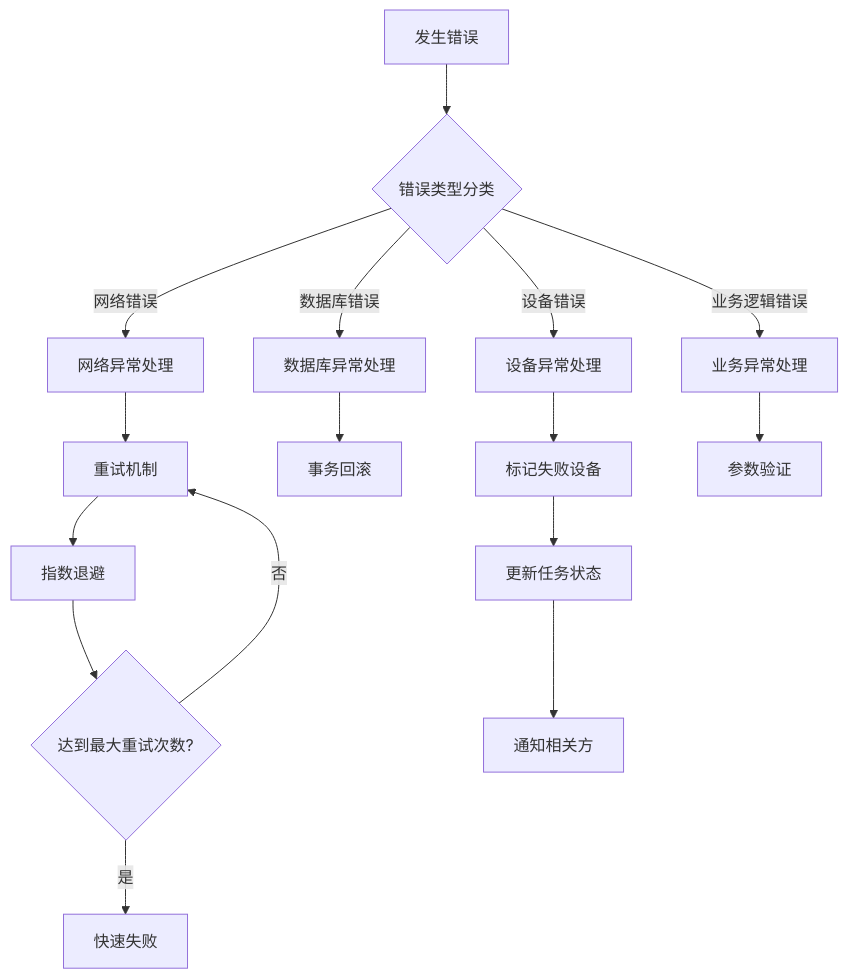
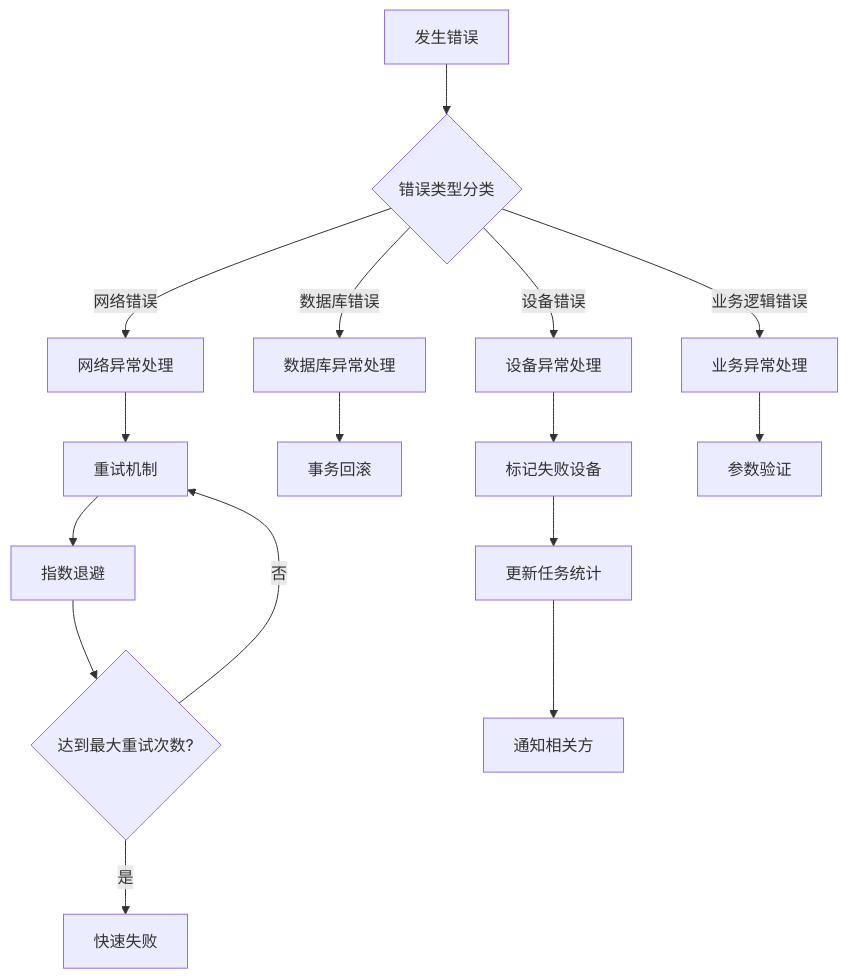
Diagram 17 of 18 in .qoder/repowiki/zh/content/OTA升级系统/OTA任务调度/OTA任务调度.md (mcmrzy/cs_inv_monitor-develop), drawn with Mermaid before and after one commit. The commit also changed other lines of this file and 128 other files, not shown here.

````diff
--- a/.qoder/repowiki/zh/content/OTA升级系统/OTA任务调度/OTA任务调度.md
+++ b/.qoder/repowiki/zh/content/OTA升级系统/OTA任务调度/OTA任务调度.md
@@ -667,18 +751,18 @@
 ```mermaid
 flowchart TD
 ERROR[发生错误] --> ERROR_TYPE{错误类型分类}
 ERROR_TYPE --> |网络错误| NETWORK_ERROR[网络异常处理]
 ERROR_TYPE --> |数据库错误| DB_ERROR[数据库异常处理]
 ERROR_TYPE --> |设备错误| DEVICE_ERROR[设备异常处理]
 ERROR_TYPE --> |业务逻辑错误| BUSINESS_ERROR[业务异常处理]
 NETWORK_ERROR --> RETRY[重试机制]
 DB_ERROR --> ROLLBACK[事务回滚]
 DEVICE_ERROR --> MARK_FAILED[标记失败设备]
 BUSINESS_ERROR --> VALIDATION[参数验证]
 RETRY --> BACKOFF[指数退避]
 BACKOFF --> MAX_RETRY{达到最大重试次数?}
 MAX_RETRY --> |是| FAIL_FAST[快速失败]
 MAX_RETRY --> |否| RETRY
-MARK_FAILED --> UPDATE_STATUS[更新任务状态]
-UPDATE_STATUS --> NOTIFY[通知相关方]
+MARK_FAILED --> UPDATE_TASK_STATS[更新任务统计]
+UPDATE_TASK_STATS --> NOTIFY[通知相关方]
 ```
````
